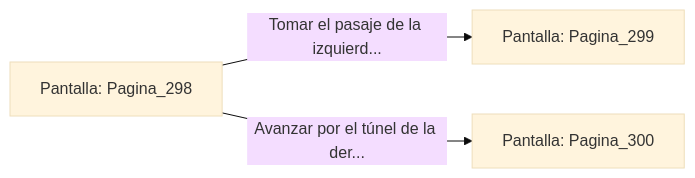
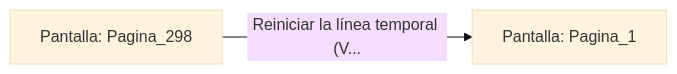
One commit to metsuke/mpl changed the diagram in sample/eligejuego-vault/Pantalla_Pagina_298.md. Above: the diagram before and after it, drawn with Mermaid (base theme). The commit also changed other lines of this file and 635 other files, not shown here.

First line of the commit message:
fix: añadir Pagina_1 como pantalla inicial en capitulo_01.mpl

````diff
--- a/sample/eligejuego-vault/Pantalla_Pagina_298.md
+++ b/sample/eligejuego-vault/Pantalla_Pagina_298.md
@@ -20,6 +17,5 @@
 ```mermaid
 graph LR
     P_Pagina_298["Pantalla: Pagina_298"]
-    P_Pagina_298 -->|"Tomar el pasaje de la izquierd..."| P_Pagina_299["Pantalla: Pagina_299"]
-    P_Pagina_298 -->|"Avanzar por el túnel de la der..."| P_Pagina_300["Pantalla: Pagina_300"]
+    P_Pagina_298 -->|"Reiniciar la línea temporal (V..."| P_Pagina_1["Pantalla: Pagina_1"]
 ```
````
